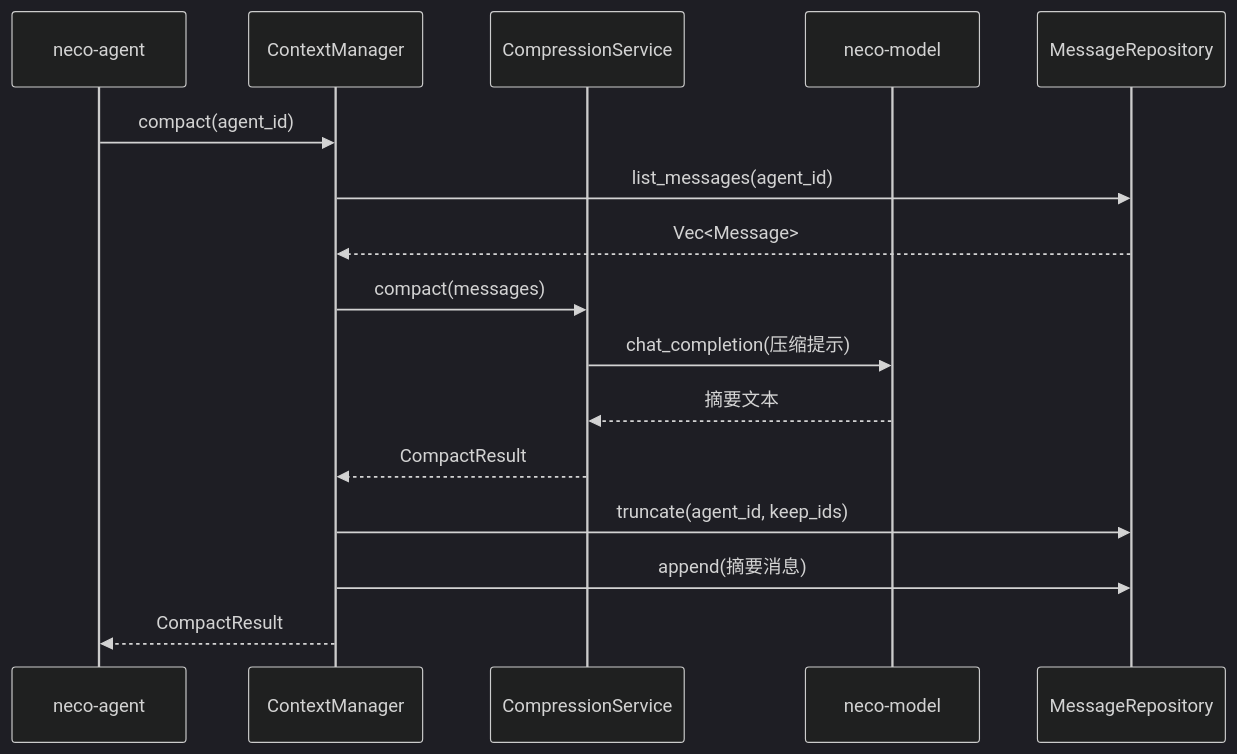
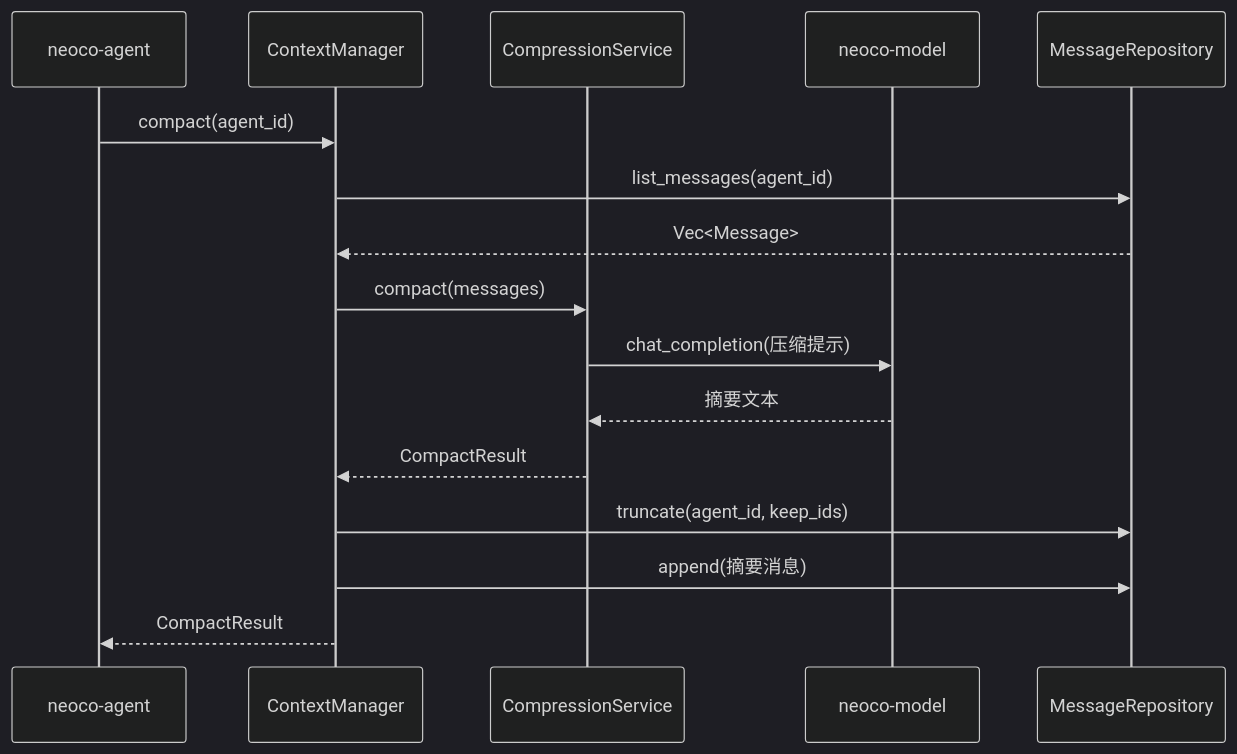
The fourth of 6 diagrams in progress/TECH-CONTEXT.md (MiyakoMeow/neco), drawn with Mermaid (dark theme) before and after one commit. The commit also changed other lines of this file and 14 other files, not shown here.

````diff
--- a/progress/TECH-CONTEXT.md
+++ b/progress/TECH-CONTEXT.md
@@ -241,19 +241,19 @@
 ```mermaid
 sequenceDiagram
-    participant Agent as neco-agent
+    participant Agent as neoco-agent
     participant CM as ContextManager
     participant CS as CompressionService
-    participant Model as neco-model
+    participant Model as neoco-model
     participant MR as MessageRepository
 
     Agent->>CM: compact(agent_id)
     CM->>MR: list_messages(agent_id)
     MR-->>CM: Vec<Message>
     CM->>CS: compact(messages)
     CS->>Model: chat_completion(压缩提示)
     Model-->>CS: 摘要文本
     CS-->>CM: CompactResult
     CM->>MR: truncate(agent_id, keep_ids)
     CM->>MR: append(摘要消息)
     CM-->>Agent: CompactResult
 ```
````
